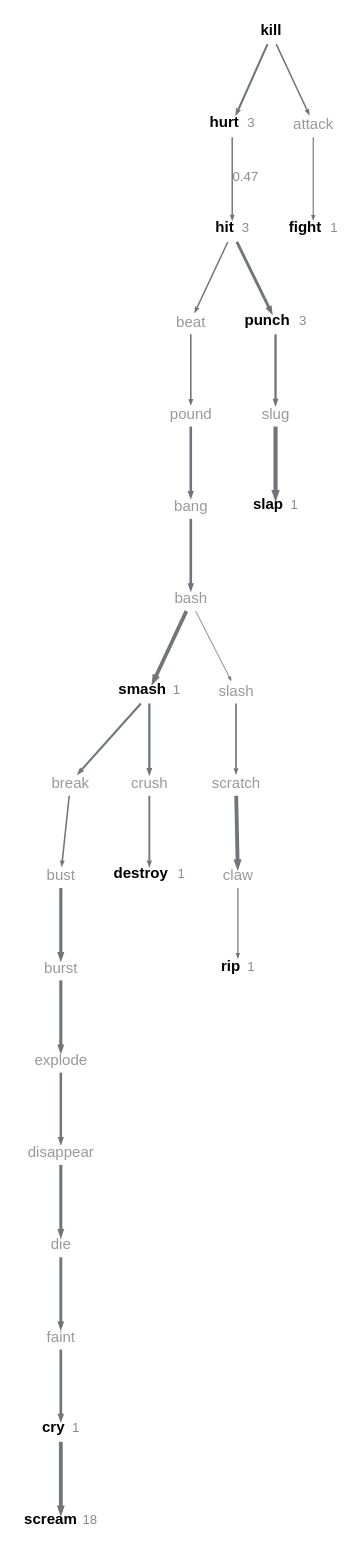
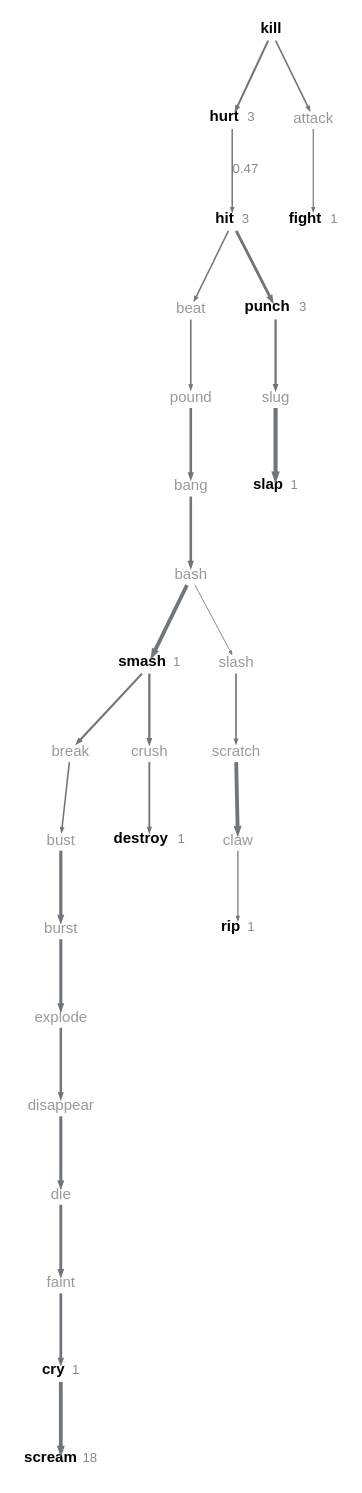
One commit to quadrismegistus/malignment changed the diagram in experiments/displacement/chain_of_connections/figures/ci_chain_faller_n1.dot. Above: the diagram before and after it, drawn with Graphviz. The commit also changed 28 other files, not shown here.

```diff
--- a/experiments/displacement/chain_of_connections/figures/ci_chain_faller_n1.dot
+++ b/experiments/displacement/chain_of_connections/figures/ci_chain_faller_n1.dot
@@ -1,60 +1,60 @@
 digraph {
   graph [bgcolor=white margin=0.02];
-  node [shape=plaintext fontname="Arial" fontsize=8.0 height=0.16 width=0.01 margin="0.01,0.005"];
+  node [shape=plaintext fontname="Arial" fontsize=8.0 height=0.14 width=0.01 margin="0.01,0.005"];
   edge [arrowsize=0.2 color="#6f757a"];
-  "kill" [label=<<B>kill</B>> pos="86.2,348.5!"];
-  "hurt" [label=<<B>hurt</B> <FONT POINT-SIZE="7" COLOR="#8a8a8a">3</FONT>> pos="86.2,314.8!"];
-  "hit" [label=<<B>hit</B> <FONT POINT-SIZE="7" COLOR="#8a8a8a">3</FONT>> pos="86.2,281.1!"];
-  "beat" [label="beat" fontcolor="#999999" pos="86.2,247.4!"];
-  "pound" [label="pound" fontcolor="#999999" pos="86.2,213.7!"];
-  "bang" [label="bang" fontcolor="#999999" pos="86.2,180.0!"];
-  "bash" [label="bash" fontcolor="#999999" pos="86.2,146.3!"];
-  "smash" [label=<<B>smash</B> <FONT POINT-SIZE="7" COLOR="#8a8a8a">1</FONT>> pos="255.8,11.5!"];
-  "break" [label="break" fontcolor="#999999" pos="255.8,45.2!"];
-  "bust" [label="bust" fontcolor="#999999" pos="255.8,78.9!"];
-  "burst" [label="burst" fontcolor="#999999" pos="255.8,112.6!"];
-  "explode" [label="explode" fontcolor="#999999" pos="255.8,146.3!"];
-  "disappear" [label="disappear" fontcolor="#999999" pos="255.8,180.0!"];
-  "die" [label="die" fontcolor="#999999" pos="255.8,213.7!"];
-  "faint" [label="faint" fontcolor="#999999" pos="255.8,247.4!"];
-  "cry" [label=<<B>cry</B> <FONT POINT-SIZE="7" COLOR="#8a8a8a">1</FONT>> pos="255.8,281.1!"];
-  "scream" [label=<<B>scream</B> <FONT POINT-SIZE="7" COLOR="#8a8a8a">18</FONT>> pos="255.8,314.8!"];
-  "crush" [label="crush" fontcolor="#999999" pos="286.0,45.2!"];
-  "destroy" [label=<<B>destroy</B> <FONT POINT-SIZE="7" COLOR="#8a8a8a">1</FONT>> pos="286.0,78.9!"];
-  "punch" [label=<<B>punch</B> <FONT POINT-SIZE="7" COLOR="#8a8a8a">3</FONT>> pos="25.7,247.4!"];
-  "slug" [label="slug" fontcolor="#999999" pos="56.0,213.7!"];
-  "slap" [label=<<B>slap</B> <FONT POINT-SIZE="7" COLOR="#8a8a8a">1</FONT>> pos="56.0,180.0!"];
-  "attack" [label="attack" fontcolor="#999999" pos="56.0,314.8!"];
-  "fight" [label=<<B>fight</B> <FONT POINT-SIZE="7" COLOR="#8a8a8a">1</FONT>> pos="56.0,281.1!"];
-  "slash" [label="slash" fontcolor="#999999" pos="56.0,112.6!"];
-  "scratch" [label="scratch" fontcolor="#999999" pos="56.0,78.9!"];
-  "claw" [label="claw" fontcolor="#999999" pos="56.0,45.2!"];
-  "rip" [label=<<B>rip</B> <FONT POINT-SIZE="7" COLOR="#8a8a8a">1</FONT>> pos="56.0,11.5!"];
+  "kill" [label=<<B>kill</B>> pos="16.0,133.9!"];
+  "hurt" [label=<<B>hurt</B> <FONT POINT-SIZE="7" COLOR="#8a8a8a">3</FONT>> pos="85.9,133.9!"];
+  "hit" [label=<<B>hit</B> <FONT POINT-SIZE="7" COLOR="#8a8a8a">3</FONT>> pos="158.1,133.9!"];
+  "beat" [label="beat" fontcolor="#999999" pos="225.8,133.9!"];
+  "pound" [label="pound" fontcolor="#999999" pos="293.6,133.9!"];
+  "burst" [label="burst" fontcolor="#999999" pos="18.2,92.2!"];
+  "bust" [label="bust" fontcolor="#999999" pos="72.0,92.2!"];
+  "break" [label="break" fontcolor="#999999" pos="125.7,92.2!"];
+  "smash" [label=<<B>smash</B> <FONT POINT-SIZE="7" COLOR="#8a8a8a">1</FONT>> pos="186.1,92.2!"];
+  "bash" [label="bash" fontcolor="#999999" pos="244.2,92.2!"];
+  "bang" [label="bang" fontcolor="#999999" pos="295.8,92.2!"];
+  "explode" [label="explode" fontcolor="#999999" pos="22.6,33.1!"];
+  "disappear" [label="disappear" fontcolor="#999999" pos="83.8,33.1!"];
+  "die" [label="die" fontcolor="#999999" pos="136.3,33.1!"];
+  "faint" [label="faint" fontcolor="#999999" pos="179.9,33.1!"];
+  "cry" [label=<<B>cry</B> <FONT POINT-SIZE="7" COLOR="#8a8a8a">1</FONT>> pos="227.9,33.1!"];
+  "scream" [label=<<B>scream</B> <FONT POINT-SIZE="7" COLOR="#8a8a8a">18</FONT>> pos="284.8,33.1!"];
+  "crush" [label="crush" fontcolor="#999999" pos="160.7,74.9!"];
+  "destroy" [label=<<B>destroy</B> <FONT POINT-SIZE="7" COLOR="#8a8a8a">1</FONT>> pos="106.7,74.9!"];
+  "punch" [label=<<B>punch</B> <FONT POINT-SIZE="7" COLOR="#8a8a8a">3</FONT>> pos="187.9,116.6!"];
+  "slug" [label="slug" fontcolor="#999999" pos="219.9,116.6!"];
+  "slap" [label=<<B>slap</B> <FONT POINT-SIZE="7" COLOR="#8a8a8a">1</FONT>> pos="260.7,116.6!"];
+  "attack" [label="attack" fontcolor="#999999" pos="43.6,116.6!"];
+  "fight" [label=<<B>fight</B> <FONT POINT-SIZE="7" COLOR="#8a8a8a">1</FONT>> pos="88.8,116.6!"];
+  "slash" [label="slash" fontcolor="#999999" pos="218.8,57.6!"];
+  "scratch" [label="scratch" fontcolor="#999999" pos="173.6,57.6!"];
+  "claw" [label="claw" fontcolor="#999999" pos="141.6,57.6!"];
+  "rip" [label=<<B>rip</B> <FONT POINT-SIZE="7" COLOR="#8a8a8a">1</FONT>> pos="105.2,57.6!"];
   "attack" -> "fight" [penwidth=0.60];
   "bang" -> "bash" [penwidth=1.39];
   "bash" -> "slash" [penwidth=0.45];
   "bash" -> "smash" [penwidth=1.99];
   "beat" -> "pound" [penwidth=0.83];
   "break" -> "bust" [penwidth=0.82];
   "burst" -> "explode" [penwidth=1.64];
   "bust" -> "burst" [penwidth=1.68];
   "claw" -> "rip" [penwidth=0.64];
   "crush" -> "destroy" [penwidth=0.98];
   "cry" -> "scream" [penwidth=1.99];
   "die" -> "faint" [penwidth=1.53];
   "disappear" -> "die" [penwidth=1.61];
   "explode" -> "disappear" [penwidth=1.32];
   "faint" -> "cry" [penwidth=1.43];
   "hit" -> "beat" [penwidth=0.82];
   "hit" -> "punch" [penwidth=1.52];
   "hurt" -> "hit" [penwidth=0.77 label="0.47" fontname="Arial" fontsize=7 fontcolor="#8a8a8a"];
   "kill" -> "attack" [penwidth=0.83];
   "kill" -> "hurt" [penwidth=1.06];
   "pound" -> "bang" [penwidth=1.36];
   "punch" -> "slug" [penwidth=1.21];
   "scratch" -> "claw" [penwidth=2.03];
   "slash" -> "scratch" [penwidth=0.87];
   "slug" -> "slap" [penwidth=2.20];
   "smash" -> "break" [penwidth=1.12];
   "smash" -> "crush" [penwidth=1.21];
 }
```
